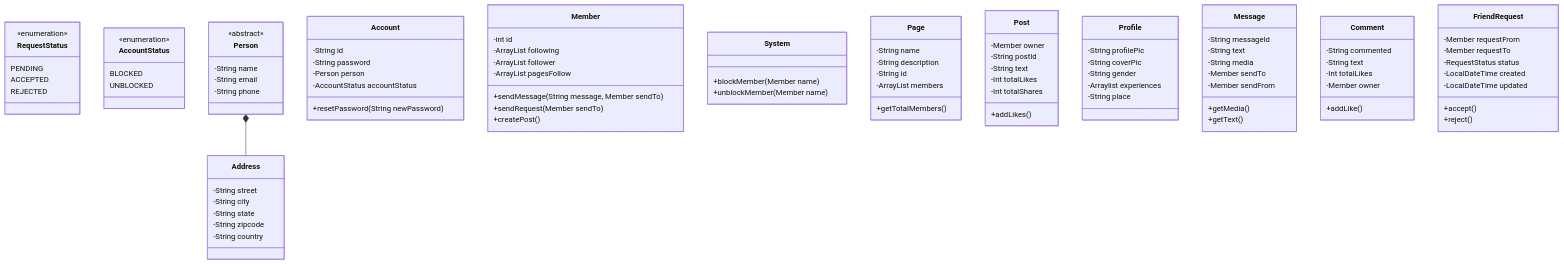
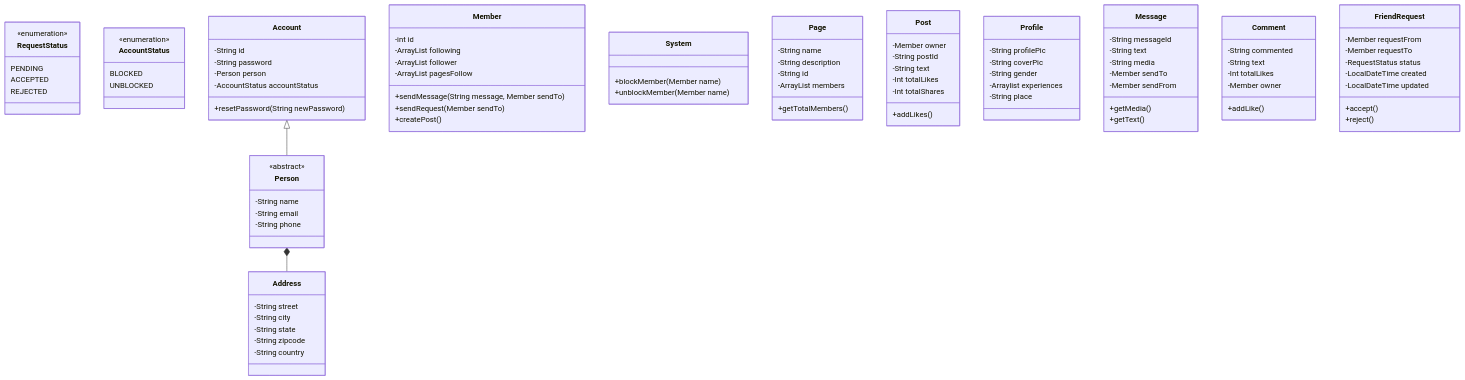
One commit to workrahul22/learning changed the diagram in 2. Low Level Design/LLDExamples.md. Above: the diagram before and after it, drawn with Mermaid.

```diff
--- a/2. Low Level Design/LLDExamples.md
+++ b/2. Low Level Design/LLDExamples.md
@@ -38,6 +38,7 @@
       -AccountStatus accountStatus
       +resetPassword(String newPassword)
     }
+    Account <|-- Person
 
     class Member{
       -int id
```
